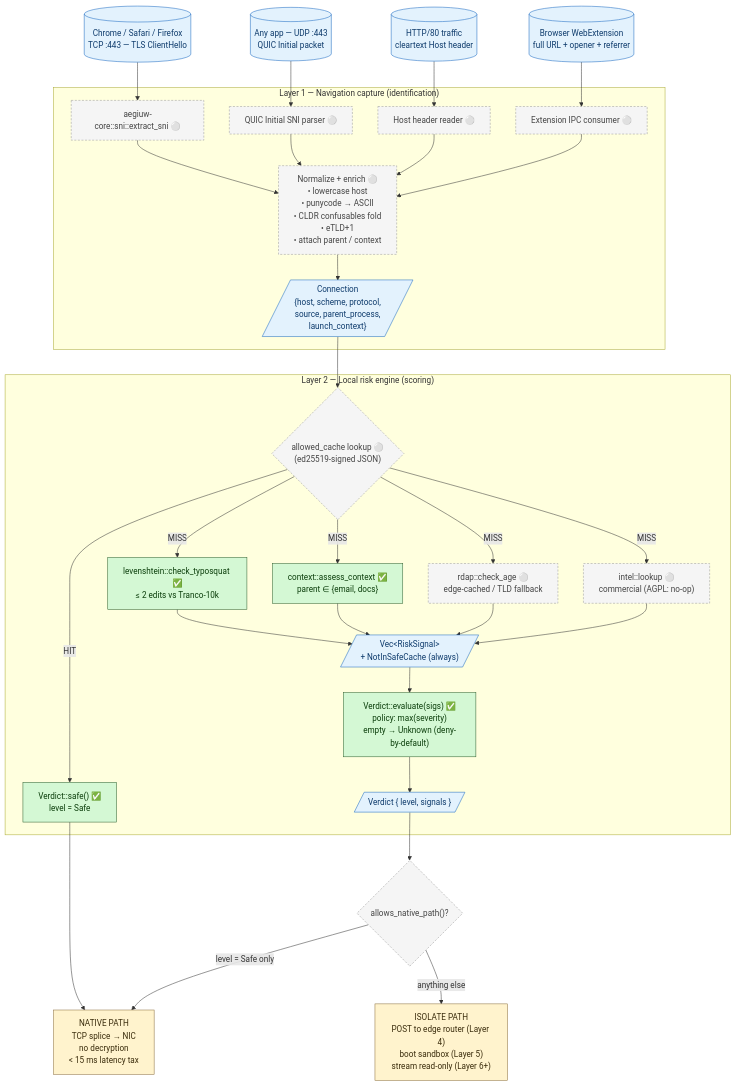
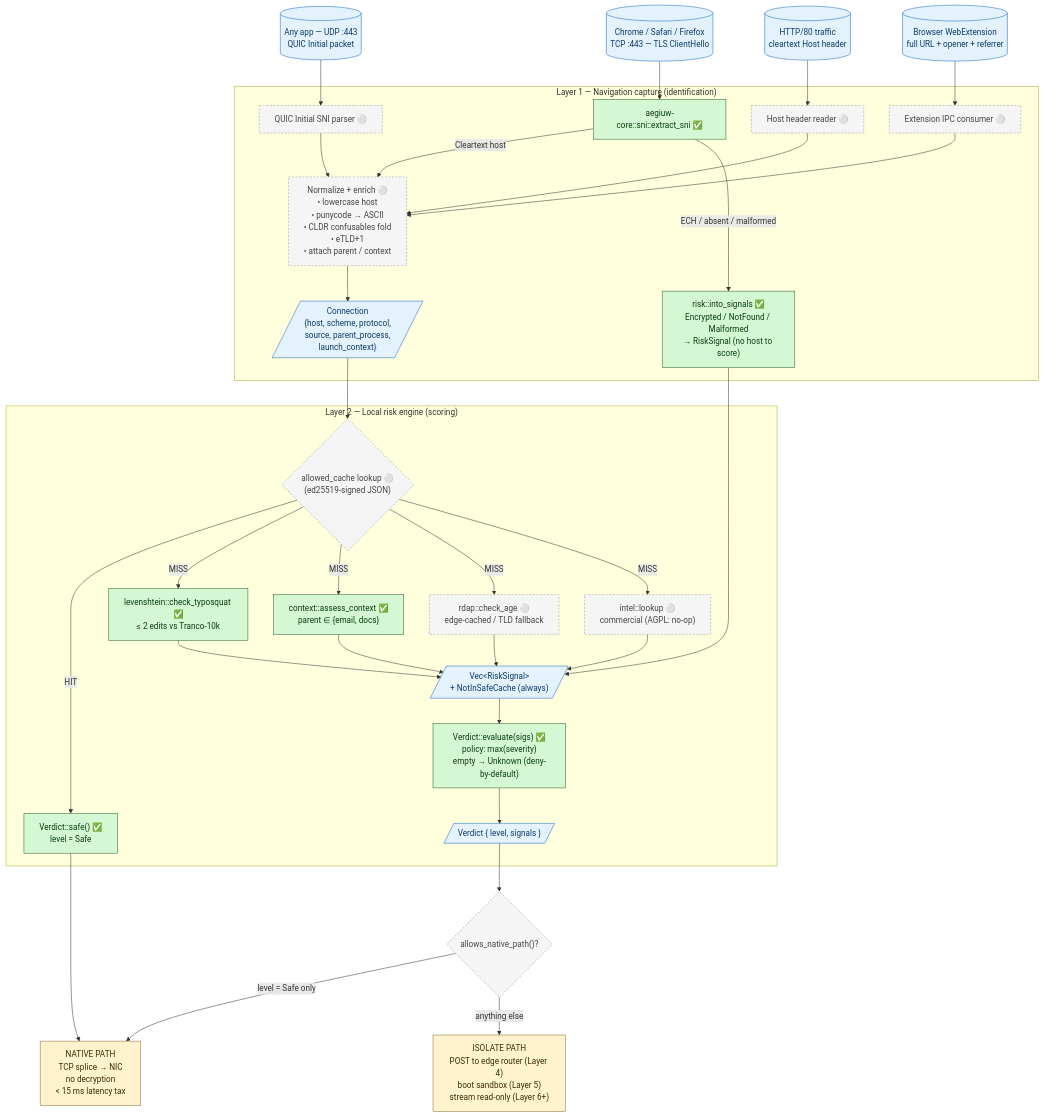
The diagram in docs/diagrams/layer1-2-capture-and-scoring.md (Aeptus/aegiuw), drawn with Mermaid before and after one commit. The commit also changed other lines of this file and 1 other file, not shown here.

First line of the commit message:
docs(diagram): mark extract_sni built + add into_signals bridge (I4)

````diff
--- a/docs/diagrams/layer1-2-capture-and-scoring.md
+++ b/docs/diagrams/layer1-2-capture-and-scoring.md
@@ -9,69 +9,72 @@
 ```mermaid
 flowchart TD
     classDef built fill:#d4f8d4,stroke:#2d5e2d,color:#0a3d0a
     classDef planned fill:#f5f5f5,stroke:#999,stroke-dasharray:4 3,color:#444
     classDef route fill:#fff3cd,stroke:#8a6d3b,color:#3a2c0c
     classDef io fill:#e3f2fd,stroke:#1565c0,color:#0d3a6b
 
     %% ── inputs ────────────────────────────────────────────────────────
     TLS[("Chrome / Safari / Firefox<br/>TCP :443 — TLS ClientHello")]:::io
     QUIC[("Any app — UDP :443<br/>QUIC Initial packet")]:::io
     HTTP[("HTTP/80 traffic<br/>cleartext Host header")]:::io
     EXT[("Browser WebExtension<br/>full URL + opener + referrer")]:::io
 
     %% ── Layer 1 ───────────────────────────────────────────────────────
     subgraph L1["Layer 1 — Navigation capture (identification)"]
-        SNI["aegiuw-core::sni::extract_sni ⚪"]:::planned
+        SNI["aegiuw-core::sni::extract_sni ✅"]:::built
         QSNI["QUIC Initial SNI parser ⚪"]:::planned
         HHOST["Host header reader ⚪"]:::planned
         EXTIN["Extension IPC consumer ⚪"]:::planned
         NORM["Normalize + enrich ⚪<br/>• lowercase host<br/>• punycode → ASCII<br/>• CLDR confusables fold<br/>• eTLD+1<br/>• attach parent / context"]:::planned
+        SNISIG["risk::into_signals ✅<br/>Encrypted / NotFound / Malformed<br/>→ RiskSignal (no host to score)"]:::built
         CONN[/"Connection<br/>{host, scheme, protocol,<br/>source, parent_process,<br/>launch_context}"/]:::io
     end
 
     TLS --> SNI
     QUIC --> QSNI
     HTTP --> HHOST
     EXT --> EXTIN
-    SNI --> NORM
+    SNI -->|"Cleartext host"| NORM
+    SNI -->|"ECH / absent / malformed"| SNISIG
     QSNI --> NORM
     HHOST --> NORM
     EXTIN --> NORM
     NORM --> CONN
 
     %% ── Layer 2 ───────────────────────────────────────────────────────
     subgraph L2["Layer 2 — Local risk engine (scoring)"]
         CACHE{"allowed_cache lookup ⚪<br/>(ed25519-signed JSON)"}:::planned
         SAFE["Verdict::safe() ✅<br/>level = Safe"]:::built
         H1["levenshtein::check_typosquat ✅<br/>≤ 2 edits vs Tranco-10k"]:::built
         H2["context::assess_context ✅<br/>parent ∈ {email, docs}"]:::built
         H3["rdap::check_age ⚪<br/>edge-cached / TLD fallback"]:::planned
         H4["intel::lookup ⚪<br/>commercial (AGPL: no-op)"]:::planned
         SIGS[/"Vec&lt;RiskSignal&gt;<br/>+ NotInSafeCache (always)"/]:::io
         EVAL["Verdict::evaluate(sigs) ✅<br/>policy: max(severity)<br/>empty → Unknown (deny-by-default)"]:::built
         VERDICT[/"Verdict { level, signals }"/]:::io
     end
 
     CONN --> CACHE
     CACHE -- HIT --> SAFE
     CACHE -- MISS --> H1
     CACHE -- MISS --> H2
     CACHE -- MISS --> H3
     CACHE -- MISS --> H4
     H1 --> SIGS
     H2 --> SIGS
     H3 --> SIGS
     H4 --> SIGS
+    SNISIG --> SIGS
     SIGS --> EVAL
     EVAL --> VERDICT
 
     %% ── routing ───────────────────────────────────────────────────────
     CHECK{"allows_native_path()?"}:::planned
     NATIVE["NATIVE PATH<br/>TCP splice → NIC<br/>no decryption<br/>&lt; 15 ms latency tax"]:::route
     ISO["ISOLATE PATH<br/>POST to edge router (Layer 4)<br/>boot sandbox (Layer 5)<br/>stream read-only (Layer 6+)"]:::route
 
     SAFE --> NATIVE
     VERDICT --> CHECK
     CHECK -- "level = Safe only" --> NATIVE
     CHECK -- "anything else" --> ISO
 ```
````
